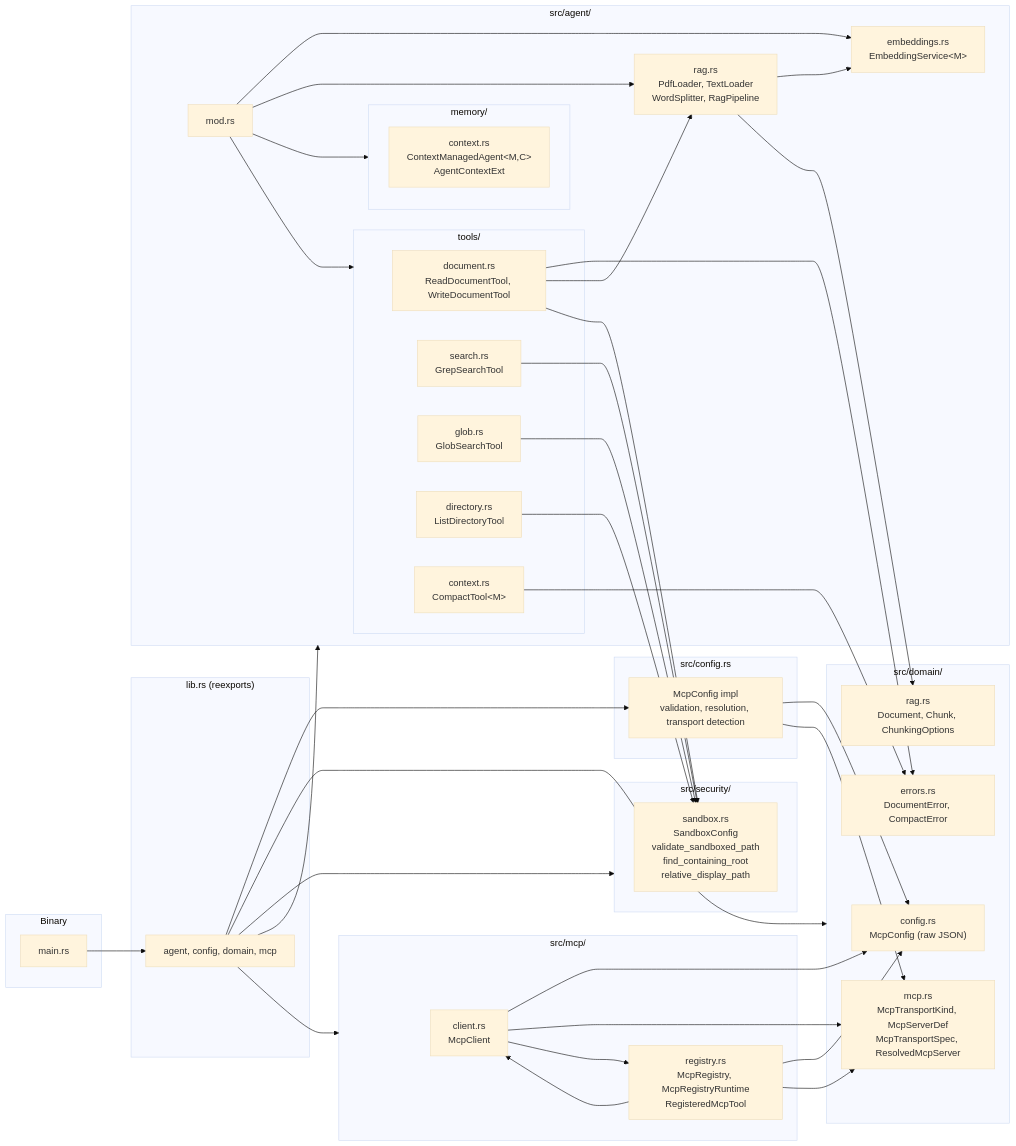
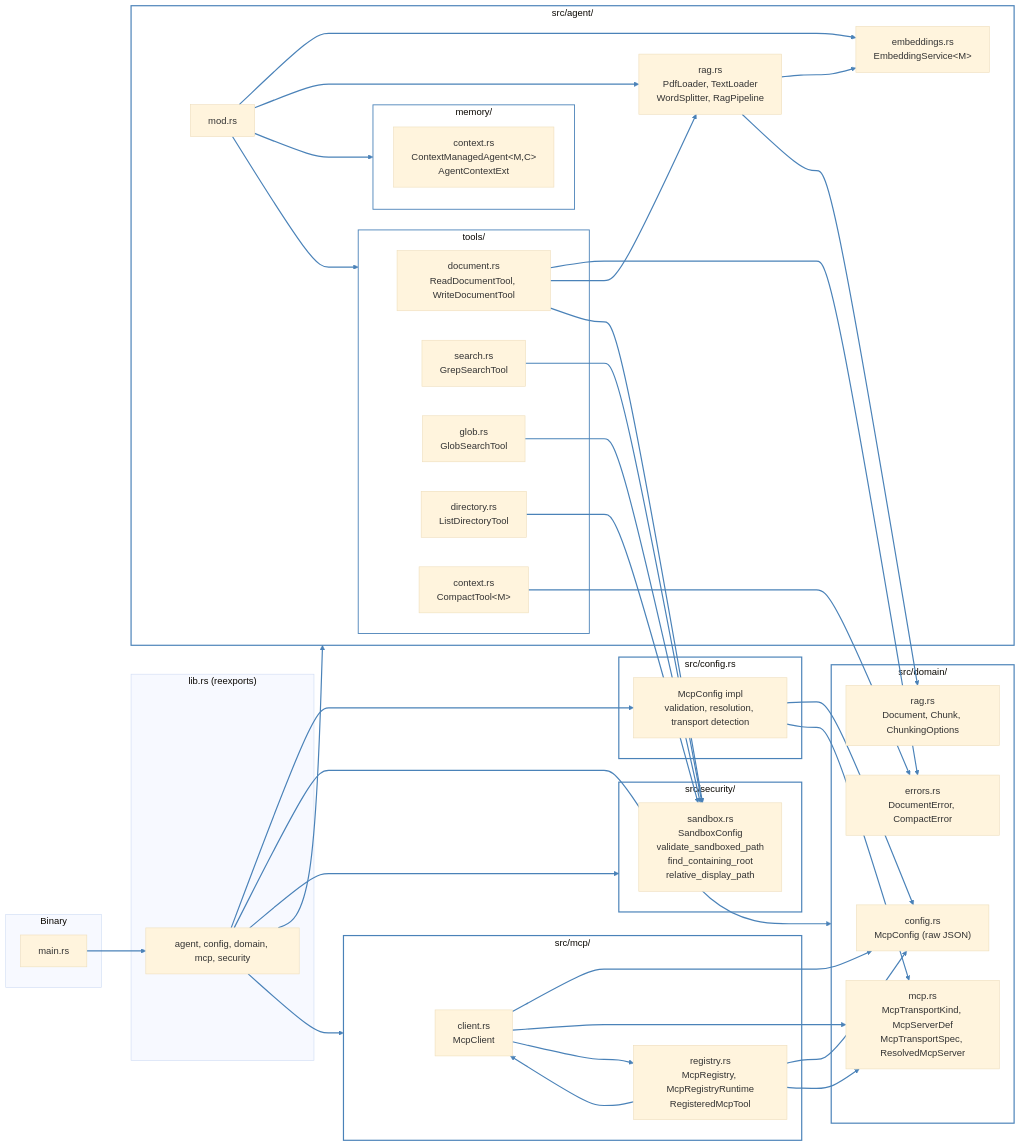
Before and after one commit to skaarfundgandr/agent_rs: the diagram in docs/diagrams/module-dependency.md, drawn with Mermaid (base theme). The commit also changed 6 other files, not shown here.

````diff
--- a/docs/diagrams/module-dependency.md
+++ b/docs/diagrams/module-dependency.md
@@ -7,7 +7,7 @@
     end
 
     subgraph lib["lib.rs (reexports)"]
-        lib_rs["agent, config, domain, mcp"]
+        lib_rs["agent, config, domain, mcp, security"]
     end
 
     subgraph domain["src/domain/"]
@@ -81,4 +81,14 @@
     registry --> domain_config
     registry --> domain_mcp
     registry --> client
+    
+    style agent stroke:#4a82b8,stroke-width:2px,fill:none
+    style memory stroke:#4a82b8,stroke-width:1.5px,fill:none
+    style tools stroke:#4a82b8,stroke-width:1.5px,fill:none
+    style domain stroke:#4a82b8,stroke-width:2px,fill:none
+    style security stroke:#4a82b8,stroke-width:2px,fill:none
+    style config stroke:#4a82b8,stroke-width:2px,fill:none
+    style mcp stroke:#4a82b8,stroke-width:2px,fill:none
+    
+    linkStyle default stroke:#4a82b8,stroke-width:2px;
 ```
````
